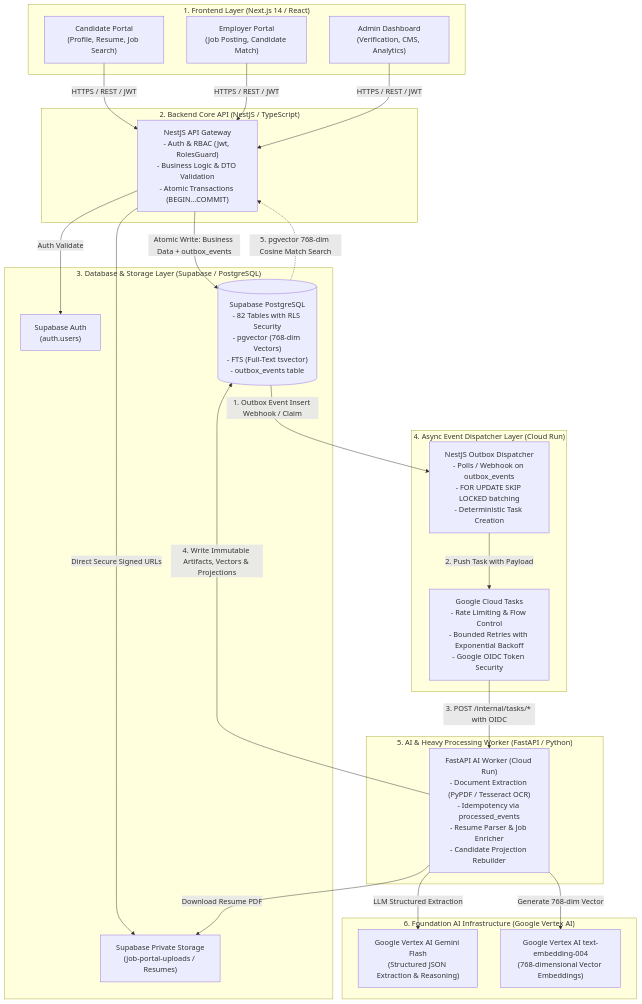
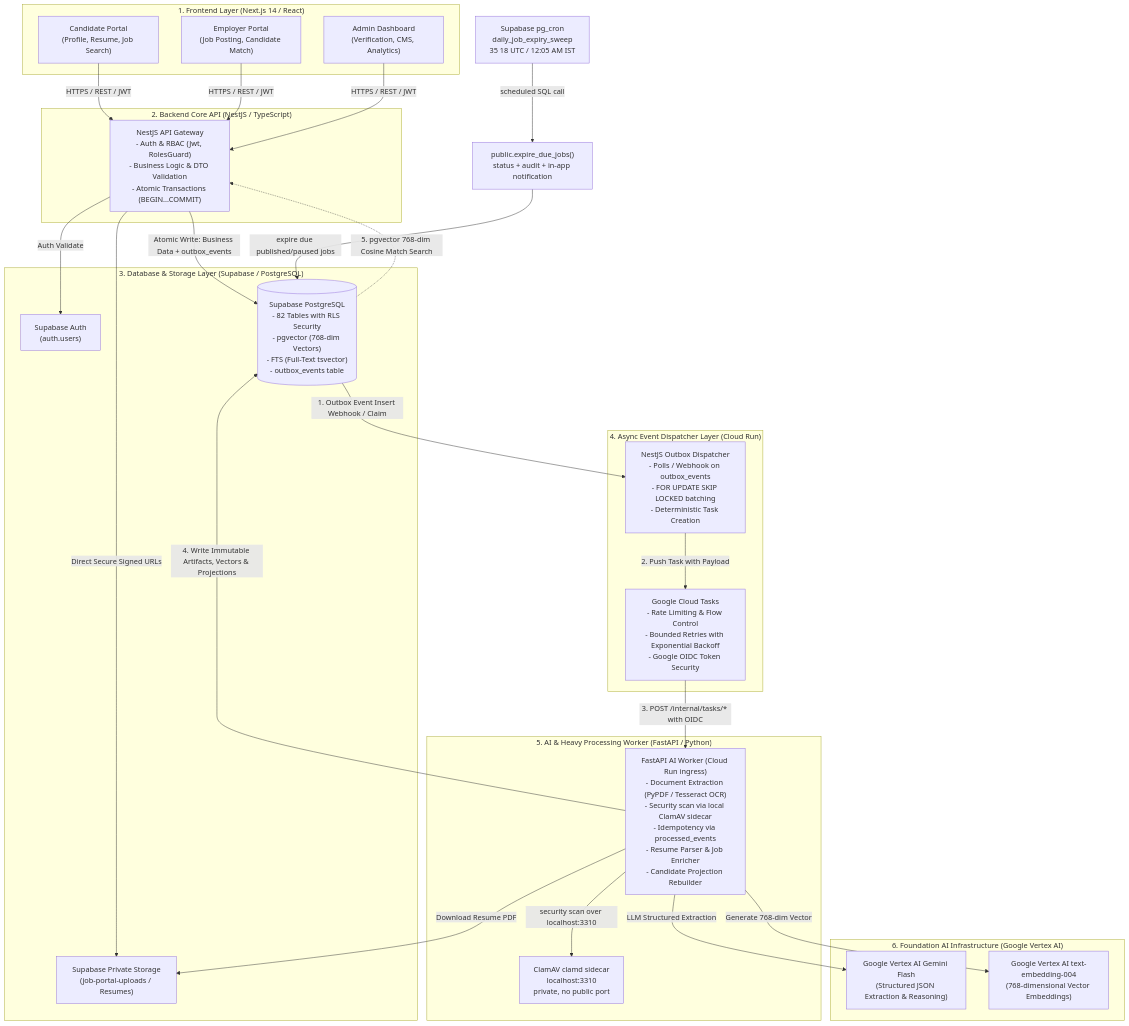
The diagram in docs/architecture/ARCHITECTURE-DIAGRAM.md (vishesh-mahale/Binay-Job-Portal-App), drawn with Mermaid before and after one commit. The commit also changed other lines of this file and 491 other files, not shown here.

````diff
--- a/docs/architecture/ARCHITECTURE-DIAGRAM.md
+++ b/docs/architecture/ARCHITECTURE-DIAGRAM.md
@@ -9,49 +9,56 @@
 ```mermaid
 flowchart TD
     subgraph Frontend_Layer["1. Frontend Layer (Next.js 14 / React)"]
         UI_Candidate["Candidate Portal\n(Profile, Resume, Job Search)"]
         UI_Employer["Employer Portal\n(Job Posting, Candidate Match)"]
         UI_Admin["Admin Dashboard\n(Verification, CMS, Analytics)"]
     end
 
     subgraph Backend_API_Layer["2. Backend Core API (NestJS / TypeScript)"]
         NestJS_API["NestJS API Gateway\n- Auth & RBAC (Jwt, RolesGuard)\n- Business Logic & DTO Validation\n- Atomic Transactions (BEGIN...COMMIT)"]
     end
 
     subgraph DB_Storage_Layer["3. Database & Storage Layer (Supabase / PostgreSQL)"]
         Supabase_Auth["Supabase Auth\n(auth.users)"]
         Supabase_Storage["Supabase Private Storage\n(job-portal-uploads / Resumes)"]
         Postgres_DB[("Supabase PostgreSQL\n- 82 Tables with RLS Security\n- pgvector (768-dim Vectors)\n- FTS (Full-Text tsvector)\n- outbox_events table")]
     end
 
     subgraph Event_Dispatcher_Layer["4. Async Event Dispatcher Layer (Cloud Run)"]
         Outbox_Dispatcher["NestJS Outbox Dispatcher\n- Polls / Webhook on outbox_events\n- FOR UPDATE SKIP LOCKED batching\n- Deterministic Task Creation"]
         Cloud_Tasks["Google Cloud Tasks\n- Rate Limiting & Flow Control\n- Bounded Retries with Exponential Backoff\n- Google OIDC Token Security"]
     end
 
     subgraph AI_Worker_Layer["5. AI & Heavy Processing Worker (FastAPI / Python)"]
-        FastAPI_Worker["FastAPI AI Worker (Cloud Run)\n- Document Extraction (PyPDF / Tesseract OCR)\n- Idempotency via processed_events\n- Resume Parser & Job Enricher\n- Candidate Projection Rebuilder"]
+        FastAPI_Worker["FastAPI AI Worker (Cloud Run ingress)\n- Document Extraction (PyPDF / Tesseract OCR)\n- Security scan via local ClamAV sidecar\n- Idempotency via processed_events\n- Resume Parser & Job Enricher\n- Candidate Projection Rebuilder"]
+        ClamAV_Sidecar["ClamAV clamd sidecar\nlocalhost:3310\nprivate, no public port"]
     end
 
     subgraph Google_AI_Layer["6. Foundation AI Infrastructure (Google Vertex AI)"]
         Gemini_Flash["Google Vertex AI Gemini Flash\n(Structured JSON Extraction & Reasoning)"]
         Vertex_Embedding["Google Vertex AI text-embedding-004\n(768-dimensional Vector Embeddings)"]
     end
+
+    Expiry_Scheduler["Supabase pg_cron\ndaily_job_expiry_sweep\n35 18 UTC / 12:05 AM IST"]
+    Expiry_Function["public.expire_due_jobs()\nstatus + audit + in-app notification"]
 
     %% Flow Connections
     UI_Candidate & UI_Employer & UI_Admin -->|HTTPS / REST / JWT| NestJS_API
     NestJS_API -->|Auth Validate| Supabase_Auth
     NestJS_API -->|Direct Secure Signed URLs| Supabase_Storage
     NestJS_API -->|Atomic Write: Business Data + outbox_events| Postgres_DB
 
     Postgres_DB -->|1. Outbox Event Insert Webhook / Claim| Outbox_Dispatcher
     Outbox_Dispatcher -->|2. Push Task with Payload| Cloud_Tasks
     Cloud_Tasks -->|3. POST /internal/tasks/* with OIDC| FastAPI_Worker
+    FastAPI_Worker -->|security scan over localhost:3310| ClamAV_Sidecar
 
     FastAPI_Worker -->|Download Resume PDF| Supabase_Storage
     FastAPI_Worker -->|LLM Structured Extraction| Gemini_Flash
     FastAPI_Worker -->|Generate 768-dim Vector| Vertex_Embedding
 
     FastAPI_Worker -->|4. Write Immutable Artifacts, Vectors & Projections| Postgres_DB
     Postgres_DB -.->|5. pgvector 768-dim Cosine Match Search| NestJS_API
+    Expiry_Scheduler -->|scheduled SQL call| Expiry_Function
+    Expiry_Function -->|expire due published/paused jobs| Postgres_DB
 ```
````
